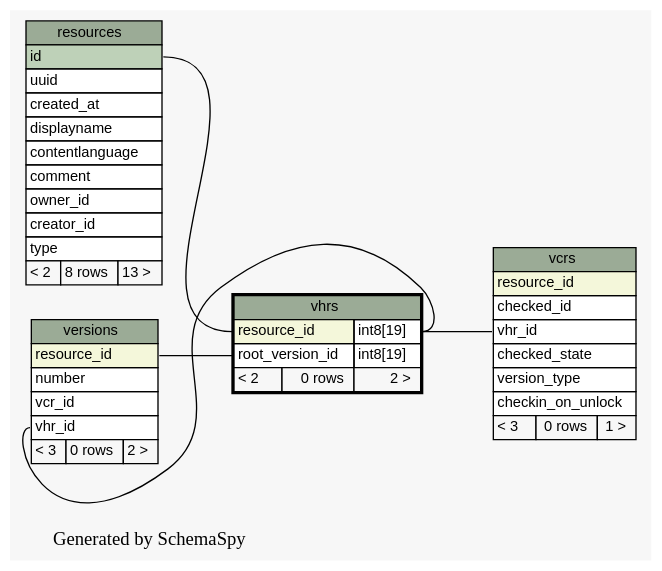
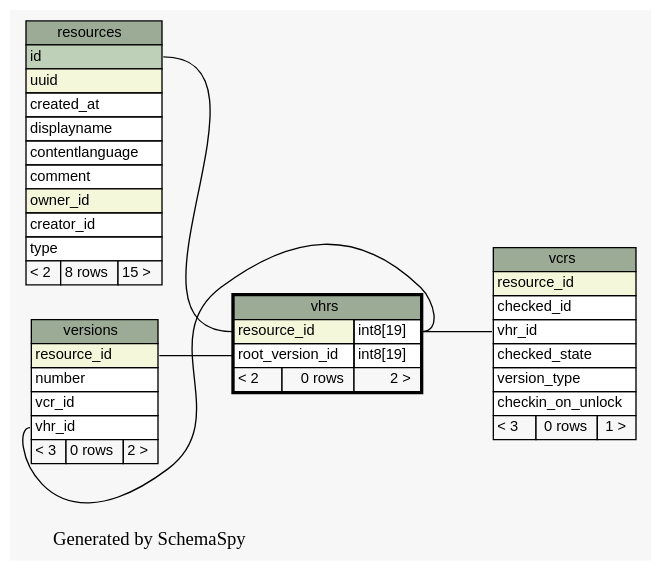
The diagram in limestone/doc/schemaSpy/graphs/vhrs.1degree.dot (tolsen/limestone), drawn with Graphviz before and after one commit. The commit also changed 156 other files, not shown here.

Commit message:
update limestone schemaSpy

```diff
--- a/limestone/doc/schemaSpy/graphs/vhrs.1degree.dot
+++ b/limestone/doc/schemaSpy/graphs/vhrs.1degree.dot
@@ -1,78 +1,78 @@
-// dot 2.20.2 on Linux 2.6.25-2-amd64
+// dot 2.20.2 on Linux 2.6.28-1-amd64
 digraph "oneDegreeRelationshipsGraph" {
   graph [
     rankdir="RL"
     bgcolor="#f7f7f7"
     label="\nGenerated by SchemaSpy"
     labeljust="l"
   ];
   node [
     fontname="Helvetica"
     fontsize="11"
     shape="plaintext"
   ];
   edge [
     arrowsize="0.8"
   ];
   "vcrs":"vhr_id":w -> "vhrs":"resource_id.type":e [arrowtail=crowtee arrowhead=none];
   "versions":"vhr_id":w -> "vhrs":"resource_id.type":e [arrowtail=crowtee arrowhead=none];
   "vhrs":"resource_id":w -> "resources":"id":e [arrowtail=tee arrowhead=none];
   "vhrs":"root_version_id":w -> "versions":"resource_id":e [arrowtail=crowtee arrowhead=none];
   "resources" [
     label=<
     <TABLE BORDER="0" CELLBORDER="1" CELLSPACING="0" BGCOLOR="#ffffff">
       <TR><TD PORT="resources.heading" COLSPAN="3" BGCOLOR="#9bab96" ALIGN="CENTER">resources</TD></TR>
       <TR><TD PORT="id" COLSPAN="3" BGCOLOR="#bed1b8" ALIGN="LEFT">id</TD></TR>
-      <TR><TD PORT="uuid" COLSPAN="3" ALIGN="LEFT">uuid</TD></TR>
+      <TR><TD PORT="uuid" COLSPAN="3" BGCOLOR="#f4f7da" ALIGN="LEFT">uuid</TD></TR>
       <TR><TD PORT="created_at" COLSPAN="3" ALIGN="LEFT">created_at</TD></TR>
       <TR><TD PORT="displayname" COLSPAN="3" ALIGN="LEFT">displayname</TD></TR>
       <TR><TD PORT="contentlanguage" COLSPAN="3" ALIGN="LEFT">contentlanguage</TD></TR>
       <TR><TD PORT="comment" COLSPAN="3" ALIGN="LEFT">comment</TD></TR>
-      <TR><TD PORT="owner_id" COLSPAN="3" ALIGN="LEFT">owner_id</TD></TR>
+      <TR><TD PORT="owner_id" COLSPAN="3" BGCOLOR="#f4f7da" ALIGN="LEFT">owner_id</TD></TR>
       <TR><TD PORT="creator_id" COLSPAN="3" ALIGN="LEFT">creator_id</TD></TR>
       <TR><TD PORT="type" COLSPAN="3" ALIGN="LEFT">type</TD></TR>
-      <TR><TD ALIGN="LEFT" BGCOLOR="#f7f7f7">&lt; 2</TD><TD ALIGN="RIGHT" BGCOLOR="#f7f7f7">8 rows</TD><TD ALIGN="RIGHT" BGCOLOR="#f7f7f7">13 &gt;</TD></TR>
+      <TR><TD ALIGN="LEFT" BGCOLOR="#f7f7f7">&lt; 2</TD><TD ALIGN="RIGHT" BGCOLOR="#f7f7f7">8 rows</TD><TD ALIGN="RIGHT" BGCOLOR="#f7f7f7">15 &gt;</TD></TR>
     </TABLE>>
     URL="resources.html#graph"
     tooltip="resources"
   ];
   "vcrs" [
     label=<
     <TABLE BORDER="0" CELLBORDER="1" CELLSPACING="0" BGCOLOR="#ffffff">
       <TR><TD PORT="vcrs.heading" COLSPAN="3" BGCOLOR="#9bab96" ALIGN="CENTER">vcrs</TD></TR>
       <TR><TD PORT="resource_id" COLSPAN="3" BGCOLOR="#f4f7da" ALIGN="LEFT">resource_id</TD></TR>
       <TR><TD PORT="checked_id" COLSPAN="3" ALIGN="LEFT">checked_id</TD></TR>
       <TR><TD PORT="vhr_id" COLSPAN="3" ALIGN="LEFT">vhr_id</TD></TR>
       <TR><TD PORT="checked_state" COLSPAN="3" ALIGN="LEFT">checked_state</TD></TR>
       <TR><TD PORT="version_type" COLSPAN="3" ALIGN="LEFT">version_type</TD></TR>
       <TR><TD PORT="checkin_on_unlock" COLSPAN="3" ALIGN="LEFT">checkin_on_unlock</TD></TR>
       <TR><TD ALIGN="LEFT" BGCOLOR="#f7f7f7">&lt; 3</TD><TD ALIGN="RIGHT" BGCOLOR="#f7f7f7">0 rows</TD><TD ALIGN="RIGHT" BGCOLOR="#f7f7f7">1 &gt;</TD></TR>
     </TABLE>>
     URL="vcrs.html#graph"
     tooltip="vcrs"
   ];
   "versions" [
     label=<
     <TABLE BORDER="0" CELLBORDER="1" CELLSPACING="0" BGCOLOR="#ffffff">
       <TR><TD PORT="versions.heading" COLSPAN="3" BGCOLOR="#9bab96" ALIGN="CENTER">versions</TD></TR>
       <TR><TD PORT="resource_id" COLSPAN="3" BGCOLOR="#f4f7da" ALIGN="LEFT">resource_id</TD></TR>
       <TR><TD PORT="number" COLSPAN="3" ALIGN="LEFT">number</TD></TR>
       <TR><TD PORT="vcr_id" COLSPAN="3" ALIGN="LEFT">vcr_id</TD></TR>
       <TR><TD PORT="vhr_id" COLSPAN="3" ALIGN="LEFT">vhr_id</TD></TR>
       <TR><TD ALIGN="LEFT" BGCOLOR="#f7f7f7">&lt; 3</TD><TD ALIGN="RIGHT" BGCOLOR="#f7f7f7">0 rows</TD><TD ALIGN="RIGHT" BGCOLOR="#f7f7f7">2 &gt;</TD></TR>
     </TABLE>>
     URL="versions.html#graph"
     tooltip="versions"
   ];
   "vhrs" [
     label=<
     <TABLE BORDER="2" CELLBORDER="1" CELLSPACING="0" BGCOLOR="#ffffff">
       <TR><TD PORT="vhrs.heading" COLSPAN="3" BGCOLOR="#9bab96" ALIGN="CENTER">vhrs</TD></TR>
       <TR><TD PORT="resource_id" COLSPAN="2" BGCOLOR="#f4f7da" ALIGN="LEFT">resource_id</TD><TD PORT="resource_id.type" ALIGN="LEFT">int8[19]</TD></TR>
       <TR><TD PORT="root_version_id" COLSPAN="2" ALIGN="LEFT">root_version_id</TD><TD PORT="root_version_id.type" ALIGN="LEFT">int8[19]</TD></TR>
       <TR><TD ALIGN="LEFT" BGCOLOR="#f7f7f7">&lt; 2</TD><TD ALIGN="RIGHT" BGCOLOR="#f7f7f7">0 rows</TD><TD ALIGN="RIGHT" BGCOLOR="#f7f7f7">2 &gt;</TD></TR>
     </TABLE>>
     URL="vhrs.html#"
     tooltip="vhrs"
   ];
 }
```
